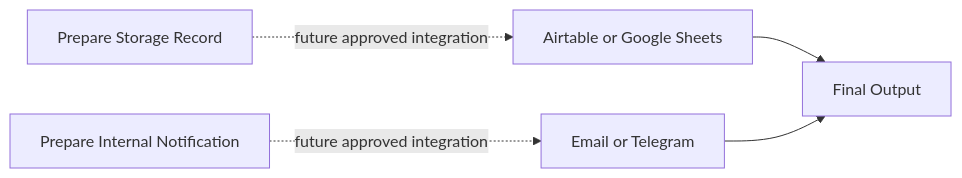
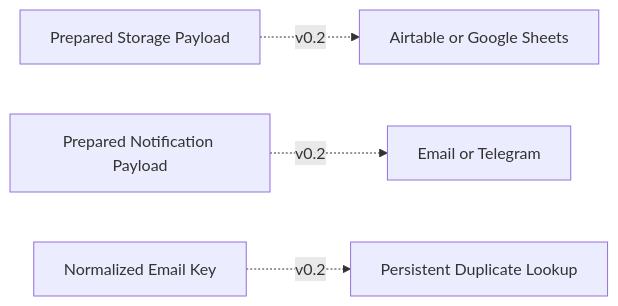
Before and after one commit to mgaminglang-tech/MySecondBrain: the second of 2 diagrams in 02 - Projects/Automation/Lead Qualification Practice/Architecture.md, drawn with Mermaid. The commit also changed other lines of this file and 10 other files, not shown here.

````diff
--- a/02 - Projects/Automation/Lead Qualification Practice/Architecture.md
+++ b/02 - Projects/Automation/Lead Qualification Practice/Architecture.md
@@ -43,7 +43,6 @@
 ```mermaid
 flowchart LR
-    A["Prepare Storage Record"] -. "future approved integration" .-> B["Airtable or Google Sheets"]
-    C["Prepare Internal Notification"] -. "future approved integration" .-> D["Email or Telegram"]
-    B --> E["Final Output"]
-    D --> E
+    A["Prepared Storage Payload"] -. "v0.2" .-> B["Airtable or Google Sheets"]
+    C["Prepared Notification Payload"] -. "v0.2" .-> D["Email or Telegram"]
+    E["Normalized Email Key"] -. "v0.2" .-> F["Persistent Duplicate Lookup"]
 ```
````
